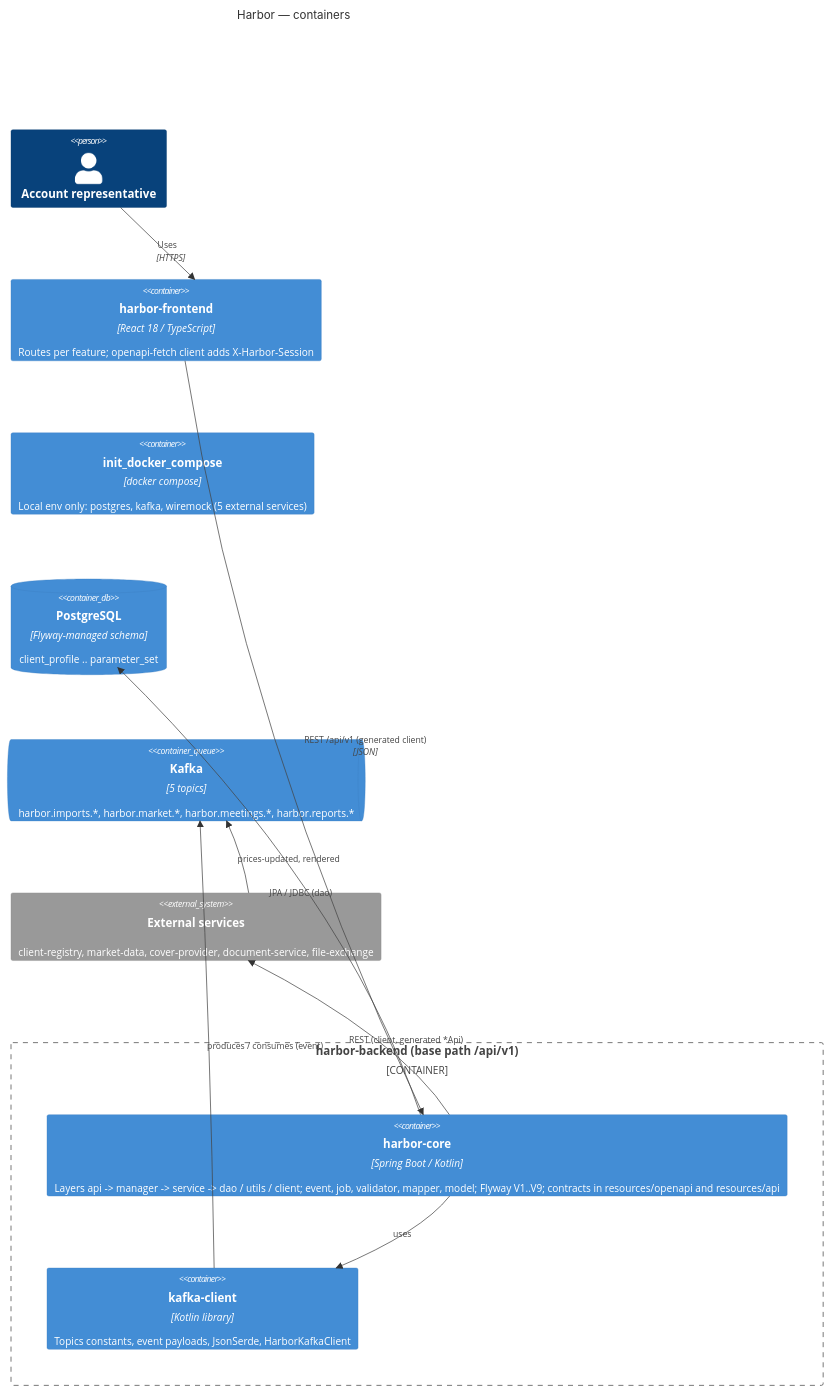
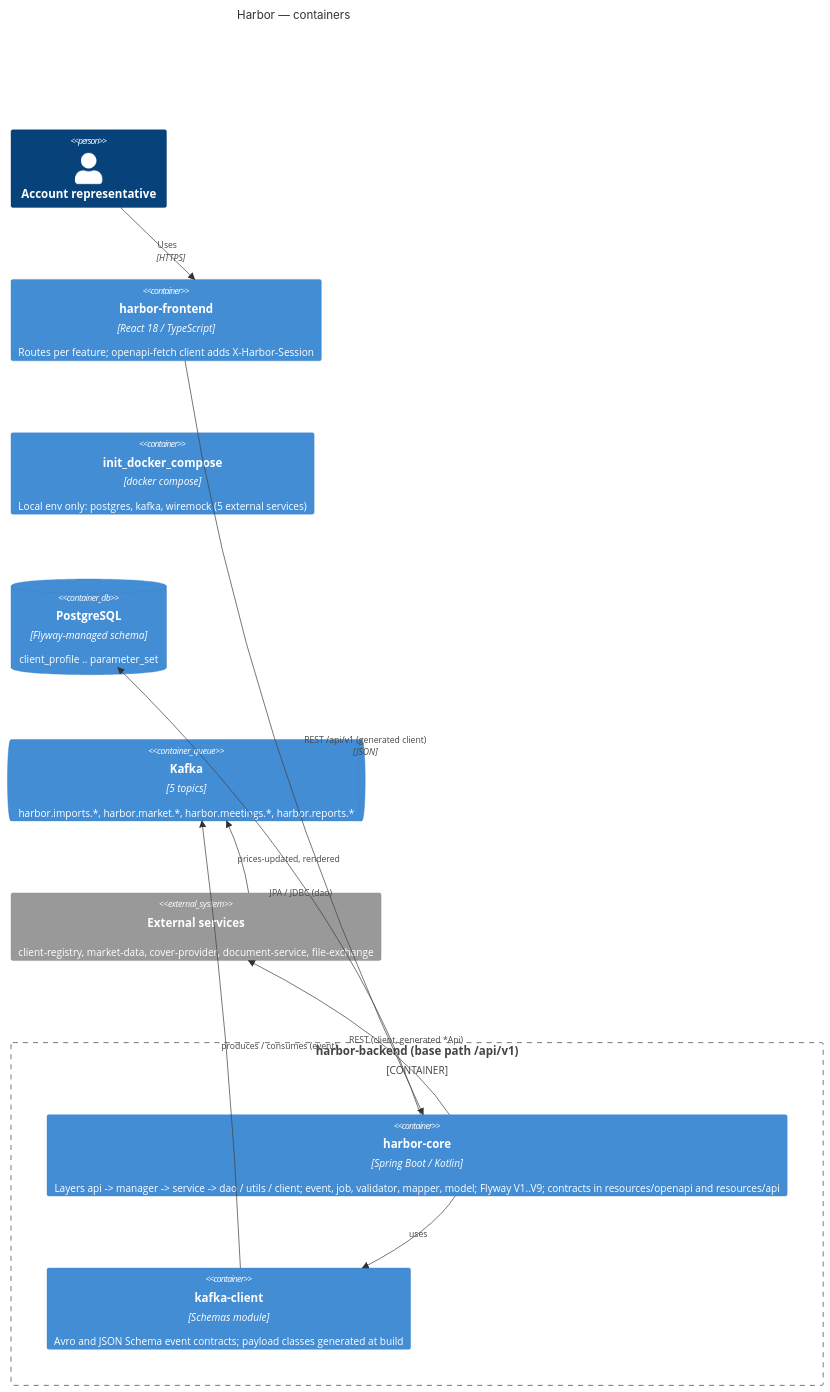
One commit to NatSjm/investigation changed the second of 2 diagrams in docs-repo/architecture/overview.md. Above: the diagram before and after it, drawn with Mermaid. The commit also changed other lines of this file and 146 other files, not shown here.

First line of the commit message:
Backend mirrors the enterprise conventions; adapt-docs-scripts prompts; generators for schemas, locks, views

````diff
--- a/docs-repo/architecture/overview.md
+++ b/docs-repo/architecture/overview.md
@@ -69,21 +69,21 @@
 ```mermaid
 C4Container
   title Harbor — containers
   Person(rep, "Account representative")
   Container(fe, "harbor-frontend", "React 18 / TypeScript", "Routes per feature; openapi-fetch client adds X-Harbor-Session")
   Container_Boundary(be, "harbor-backend (base path /api/v1)") {
     Container(core, "harbor-core", "Spring Boot / Kotlin", "Layers api -> manager -> service -> dao / utils / client; event, job, validator, mapper, model; Flyway V1..V9; contracts in resources/openapi and resources/api")
-    Container(kc, "kafka-client", "Kotlin library", "Topics constants, event payloads, JsonSerde, HarborKafkaClient")
+    Container(kc, "kafka-client", "Schemas module", "Avro and JSON Schema event contracts; payload classes generated at build")
   }
   Container(local, "init_docker_compose", "docker compose", "Local env only: postgres, kafka, wiremock (5 external services)")
   ContainerDb(pg, "PostgreSQL", "Flyway-managed schema", "client_profile .. parameter_set")
   ContainerQueue(kafka, "Kafka", "5 topics", "harbor.imports.*, harbor.market.*, harbor.meetings.*, harbor.reports.*")
   System_Ext(ext, "External services", "client-registry, market-data, cover-provider, document-service, file-exchange")
   Rel(rep, fe, "Uses", "HTTPS")
   Rel(fe, core, "REST /api/v1 (generated client)", "JSON")
   Rel(core, kc, "uses")
   Rel(core, pg, "JPA / JDBC (dao)")
   Rel(kc, kafka, "produces / consumes (event)")
   Rel(core, ext, "REST (client, generated *Api)")
   Rel(ext, kafka, "prices-updated, rendered")
 ```
````
